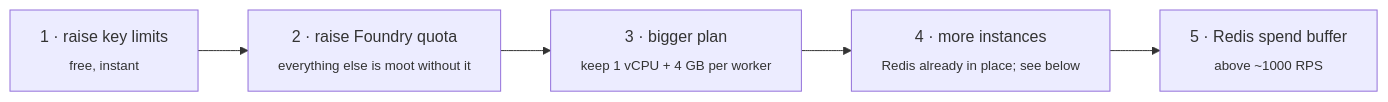
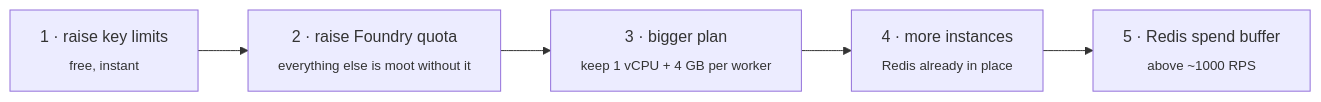
Diagram 11 of 11 in README.md (mahipalparegi/LiteLLMProxy), drawn with Mermaid before and after one commit. The commit also changed other lines of this file and 12 other files, not shown here.

````diff
--- a/README.md
+++ b/README.md
@@ -904,7 +851,7 @@
 ```mermaid
 flowchart LR
     A["1 · raise key limits<br/><sub>free, instant</sub>"] --> B["2 · raise Foundry quota<br/><sub>everything else is moot without it</sub>"]
     B --> C["3 · bigger plan<br/><sub>keep 1 vCPU + 4 GB per worker</sub>"]
-    C --> D["4 · more instances<br/><sub>Redis already in place; see below</sub>"]
+    C --> D["4 · more instances<br/><sub>Redis already in place</sub>"]
     D --> E["5 · Redis spend buffer<br/><sub>above ~1000 RPS</sub>"]
 ```
````
